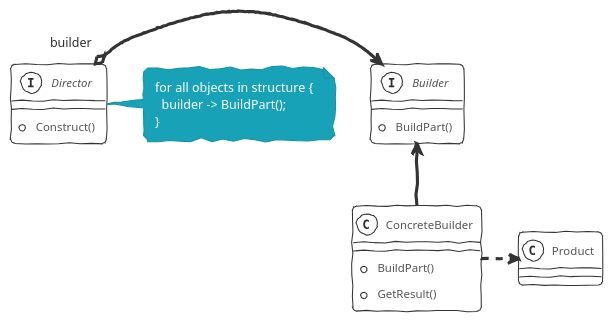
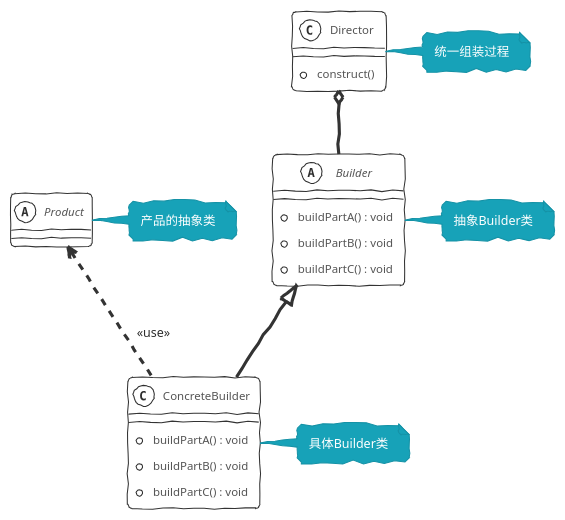
One commit to xiahubs/xiahubs.github.io changed the diagram in source/_posts/DesignPatterns/builder.md. Above: the diagram before and after it, drawn with PlantUML. The commit also changed 18 other files, not shown here.

```diff
--- a/source/_posts/DesignPatterns/builder.md
+++ b/source/_posts/DesignPatterns/builder.md
@@ -8,26 +8,32 @@
 {% plantuml %}
 !theme sketchy-outline
-interface Director {
-  + Construct()
+
+abstract class Builder
+{
+  + buildPartA() : void
+  + buildPartB() : void
+  + buildPartC() : void
 }
-note right of Director
-for all objects in structure {
-  builder -> BuildPart();
+note right: 抽象Builder类
+
+class ConcreteBuilder
+{
+  + buildPartA() : void
+  + buildPartB() : void
+  + buildPartC() : void
 }
-end note
+note right: 具体Builder类
 
-interface Builder {
-  + BuildPart()
+class Director
+{
+  + construct()
 }
+note right:统一组装过程
 
-class ConcreteBuilder {
-  + BuildPart()
-  + GetResult()
-}
+abstract class Product
+note right:产品的抽象类
 
-class Product {}
-
-Director "builder" o-right-> Builder
-ConcreteBuilder -up-> Builder
-ConcreteBuilder .right.> Product
+Director o-- Builder
+Builder <|-- ConcreteBuilder
+Product <.. ConcreteBuilder:<<use>>
 {% endplantuml %}
```
